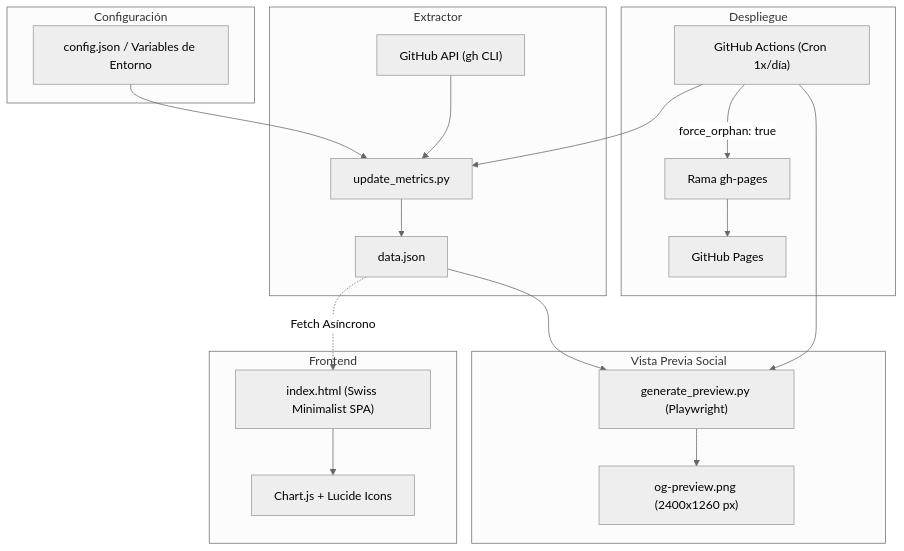
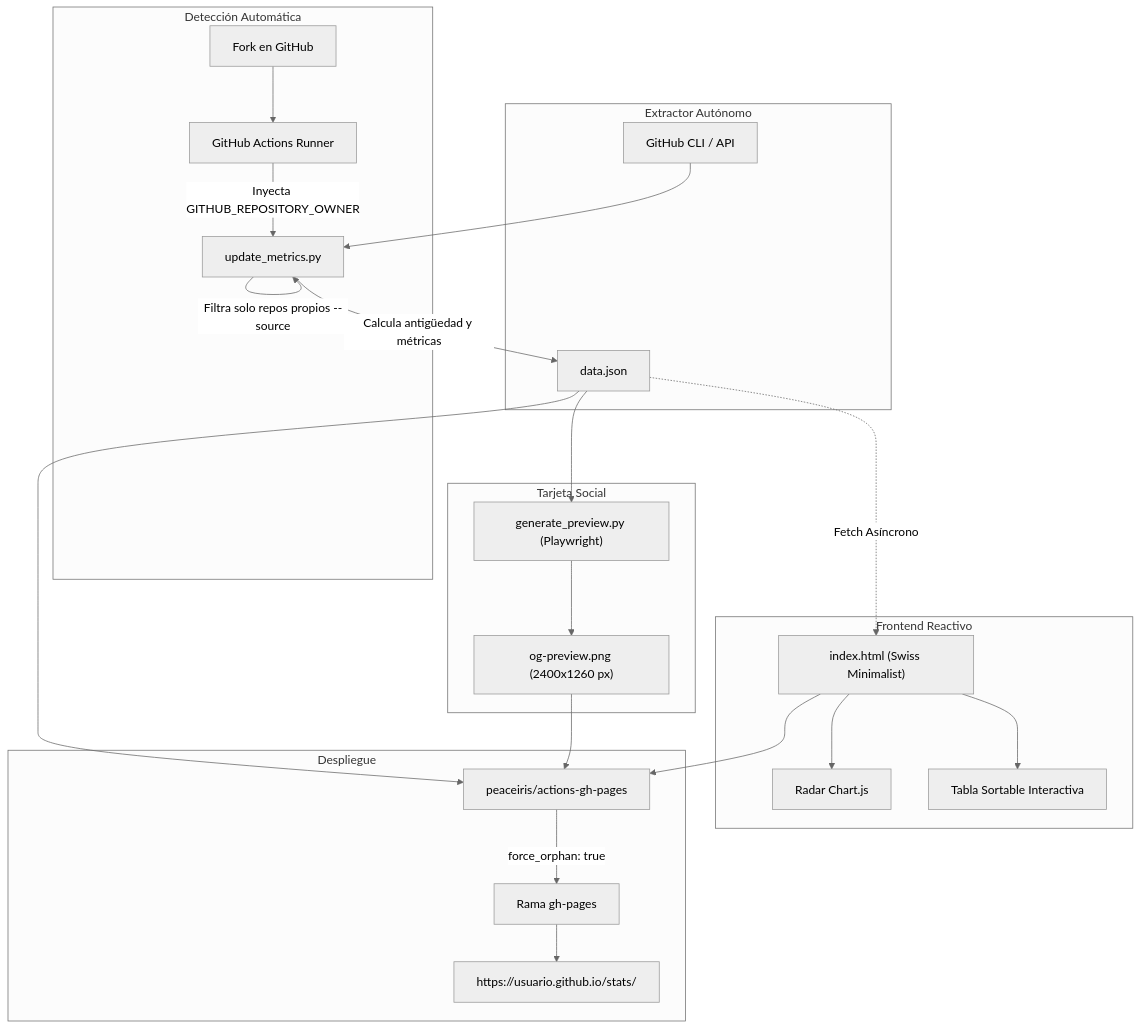
The diagram in README.md (PythonMexico/stats), drawn with Mermaid (neutral theme) before and after one commit. The commit also changed other lines of this file, not shown here.

Commit message:
docs: rewrite README to improve project overview, setup instructions, and architecture documentation

````diff
--- a/README.md
+++ b/README.md
@@ -76,37 +109,33 @@
 ```mermaid
 flowchart TD
-    subgraph Configuración
-        CFG["config.json / Variables de Entorno"]
+    subgraph Detección Automática
+        FORK["Fork en GitHub"] --> GHA["GitHub Actions Runner"]
+        GHA -->|Inyecta GITHUB_REPOSITORY_OWNER| EXT["update_metrics.py"]
     end
 
-    subgraph Extractor
-        CLI["GitHub API (gh CLI)"]
-        EXT["update_metrics.py"]
-        DATA["data.json"]
-        CFG --> EXT
-        CLI --> EXT
-        EXT --> DATA
+    subgraph Extractor Autónomo
+        API["GitHub CLI / API"] --> EXT
+        EXT -->|Auto-detecta Org vs User| EXT
+        EXT -->|Filtra solo repos propios --source| EXT
+        EXT -->|Calcula antigüedad y métricas| DATA["data.json"]
     end
 
-    subgraph Vista Previa Social
-        PREV["generate_preview.py (Playwright)"]
-        CARD["og-preview.png (2400x1260 px)"]
-        DATA --> PREV
-        PREV --> CARD
+    subgraph Tarjeta Social
+        DATA --> PREV["generate_preview.py (Playwright)"]
+        PREV --> CARD["og-preview.png (2400x1260 px)"]
     end
 
-    subgraph Frontend
-        UI["index.html (Swiss Minimalist SPA)"]
-        DATA -.->|Fetch Asíncrono| UI
-        CHARTS["Chart.js + Lucide Icons"]
-        UI --> CHARTS
+    subgraph Frontend Reactivo
+        DATA -.->|Fetch Asíncrono| UI["index.html (Swiss Minimalist)"]
+        UI --> RADAR["Radar Chart.js"]
+        UI --> TABLE["Tabla Sortable Interactiva"]
     end
 
     subgraph Despliegue
-        GHA["GitHub Actions (Cron 1x/día)"]
-        GHA --> EXT
-        GHA --> PREV
-        GHA -->|force_orphan: true| GHP["Rama gh-pages"]
-        GHP --> LIVE["GitHub Pages"]
+        DATA --> DEPLOY["peaceiris/actions-gh-pages"]
+        CARD --> DEPLOY
+        UI --> DEPLOY
+        DEPLOY -->|force_orphan: true| GHP["Rama gh-pages"]
+        GHP --> LIVE["https://usuario.github.io/stats/"]
     end
 ```
````
